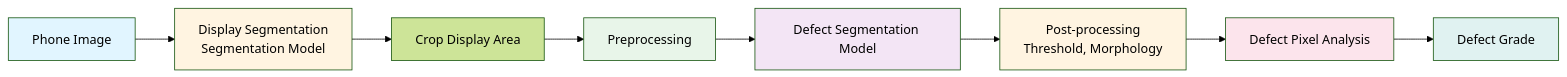
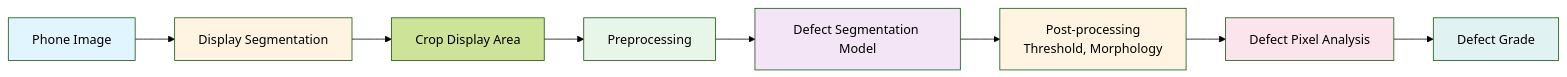
One commit to yong-again/portfolio changed the third of 3 diagrams in phone_detect/README.md. Above: the diagram before and after it, drawn with Mermaid (forest theme). The commit also changed other lines of this file and 12 other files, not shown here.

````diff
--- a/phone_detect/README.md
+++ b/phone_detect/README.md
@@ -99,18 +79,18 @@
 ```mermaid
 graph LR
-    A[Phone Image] --> B[Display Segmentation<br/>Segmentation Model]
+    A[Phone Image] --> B[Display Segmentation]
     B --> C[Crop Display Area]
     C --> D[Preprocessing]
     D --> E[Defect Segmentation Model]
     E --> F[Post-processing<br/>Threshold, Morphology]
     F --> G[Defect Pixel Analysis]
     G --> H[Defect Grade]
     
     style A fill:#e1f5ff
     style B fill:#fff4e1
     style D fill:#e8f5e9
     style E fill:#f3e5f5
     style F fill:#fff4e1
     style G fill:#fce4ec
     style H fill:#e0f2f1
 ```
````
